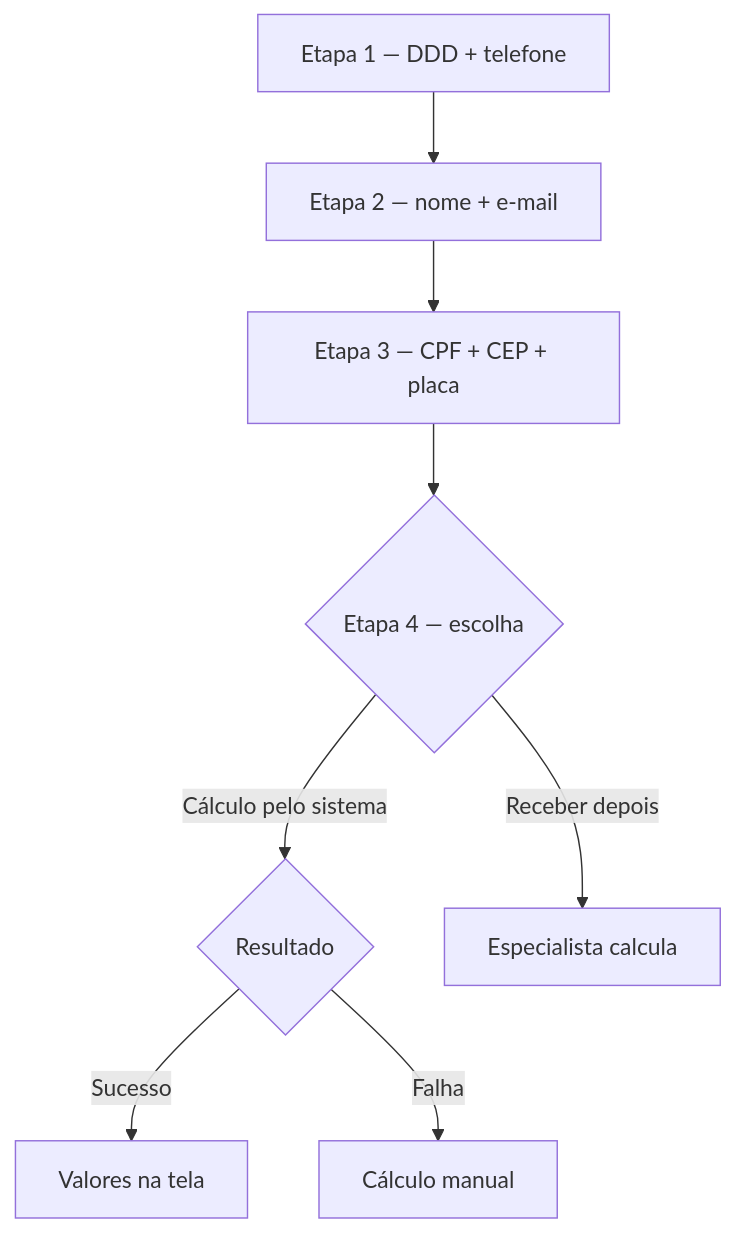
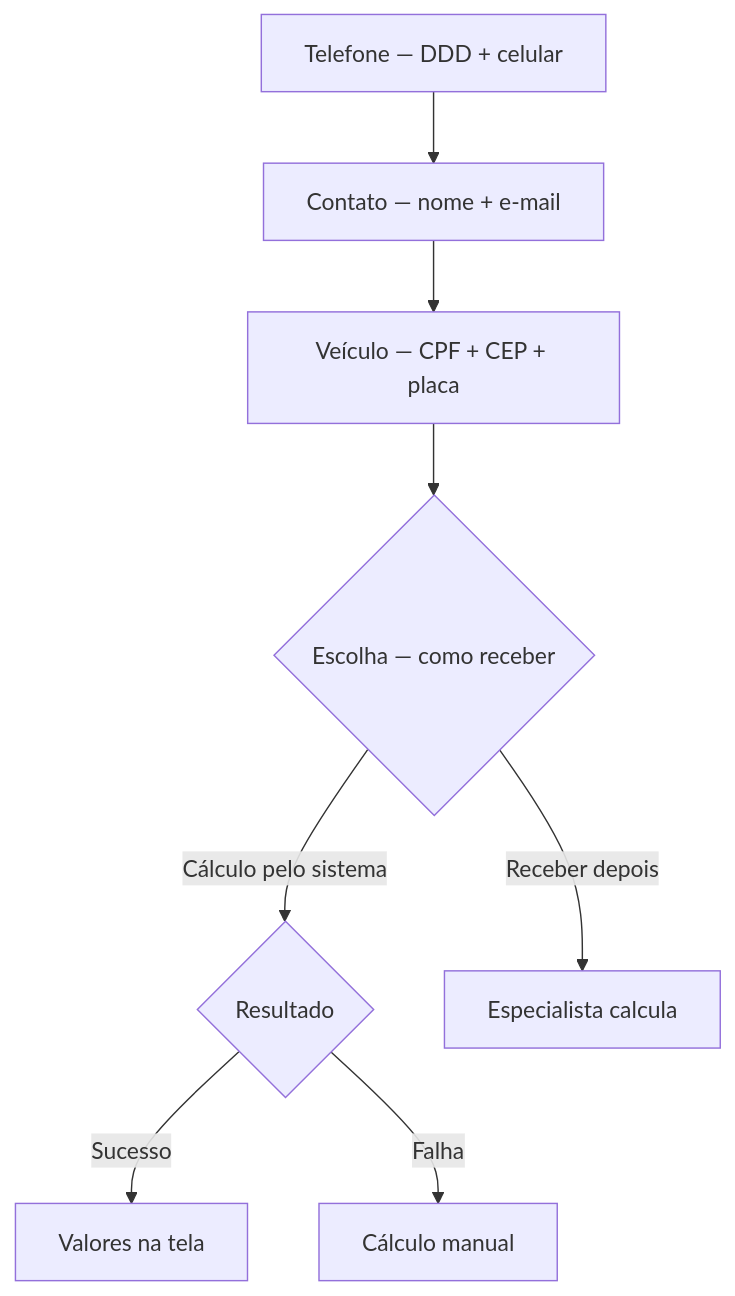
One commit to LucianoOtero/novo-site-imediato-cursor changed the first of 2 diagrams in docs/FLUXO_LEADFORM_CRM_WHATSAPP.md. Above: the diagram before and after it, drawn with Mermaid. The commit also changed other lines of this file and 4 other files, not shown here.

````diff
--- a/docs/FLUXO_LEADFORM_CRM_WHATSAPP.md
+++ b/docs/FLUXO_LEADFORM_CRM_WHATSAPP.md
@@ -9,10 +9,10 @@
 ```mermaid
 flowchart TD
-    E1["Etapa 1 — DDD + telefone"] --> E2["Etapa 2 — nome + e-mail"]
-    E2 --> E3["Etapa 3 — CPF + CEP + placa"]
-    E3 --> E4{"Etapa 4 — escolha"}
+    E1["Telefone — DDD + celular"] --> E2["Contato — nome + e-mail"]
+    E2 --> E3["Veículo — CPF + CEP + placa"]
+    E3 --> E4{"Escolha — como receber"}
     E4 -->|"Cálculo pelo sistema"| E4a{"Resultado"}
     E4 -->|"Receber depois"| E4b["Especialista calcula"]
     E4a -->|"Sucesso"| OK["Valores na tela"]
     E4a -->|"Falha"| NOK["Cálculo manual"]
 ```
````
